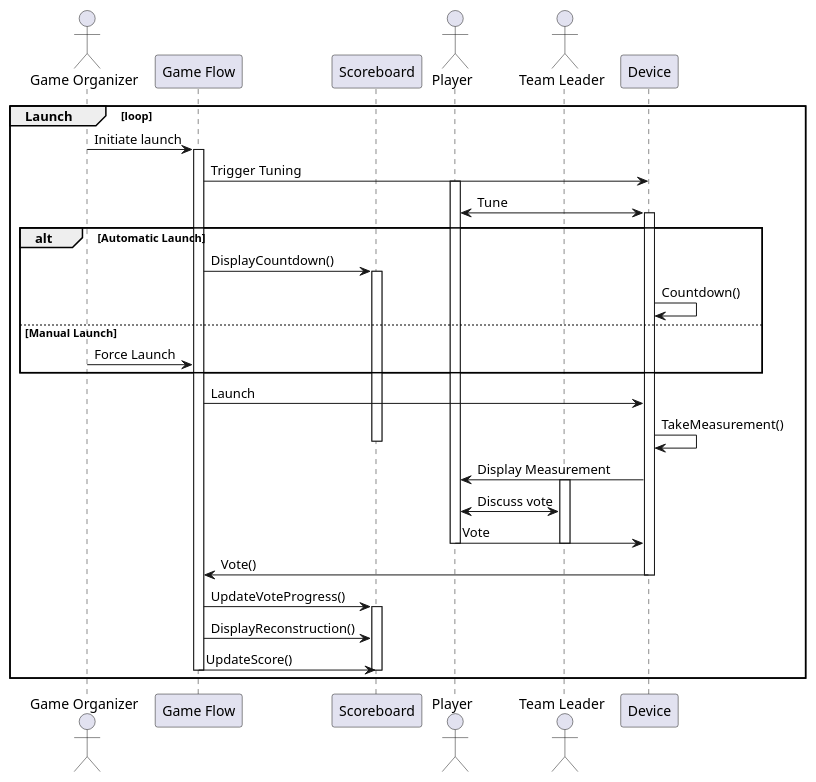
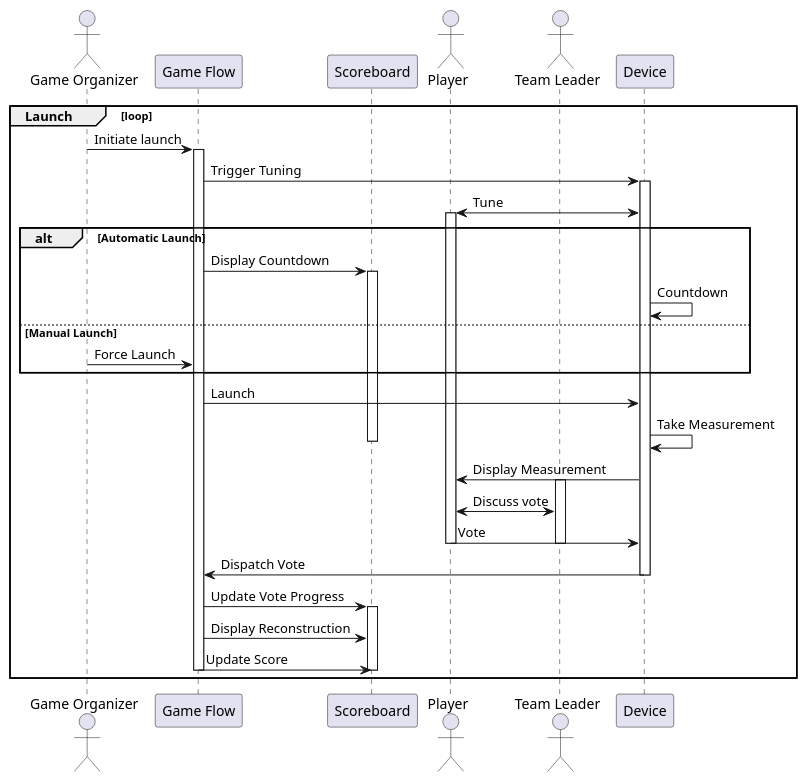
Before and after one commit to CMCRobotics/the-detector-is-you: the diagram in docs/diagrams/sequences/game.puml, drawn with PlantUML.

Commit message:
Small typo corrections

```diff
--- a/docs/diagrams/sequences/game.puml
+++ b/docs/diagrams/sequences/game.puml
@@ -1,57 +1,57 @@
 @startuml Game
 actor "Game Organizer" as GO
 
 participant "Game Flow" as GF
 participant "Scoreboard" as SC
 
 actor Player as PL
 actor "Team Leader" as TL
 participant "Device" as DV
 
 group Launch [loop]
     GO -> GF : Initiate launch
     activate GF
 
 
     GF ->  DV : Trigger Tuning
+    activate DV
+    PL <-> DV : Tune
     activate PL
-    PL <-> DV : Tune
-    activate DV
-
+    
     alt Automatic Launch
-        GF -> SC : DisplayCountdown()
+        GF -> SC : Display Countdown
         activate SC
-        DV -> DV : Countdown()
+        DV -> DV : Countdown
     else Manual Launch
         GO -> GF : Force Launch
     end
     GF -> DV : Launch
-    DV -> DV : TakeMeasurement()
+    DV -> DV : Take Measurement
     deactivate SC
  
     DV -> PL : Display Measurement
 
     activate TL
     PL <-> TL : Discuss vote
 
     PL -> DV : Vote
     deactivate PL
     deactivate TL
     
-    DV -> GF : Vote()
+    DV -> GF : Dispatch Vote
     deactivate DV
 
-    GF -> SC : UpdateVoteProgress()
+    GF -> SC : Update Vote Progress
 
     
     activate SC
-    GF -> SC : DisplayReconstruction()
+    GF -> SC : Display Reconstruction
 
-    GF-> SC : UpdateScore()
+    GF-> SC : Update Score
 
     deactivate GF
     deactivate SC
 end
 
 
 @enduml
```
